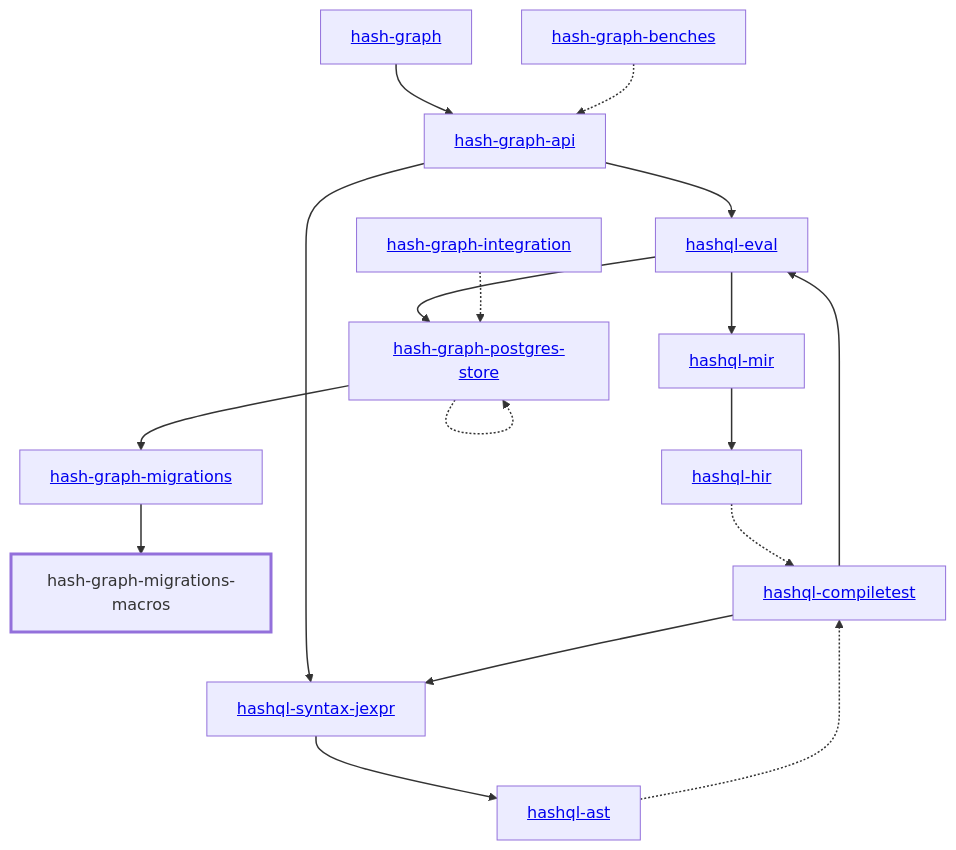
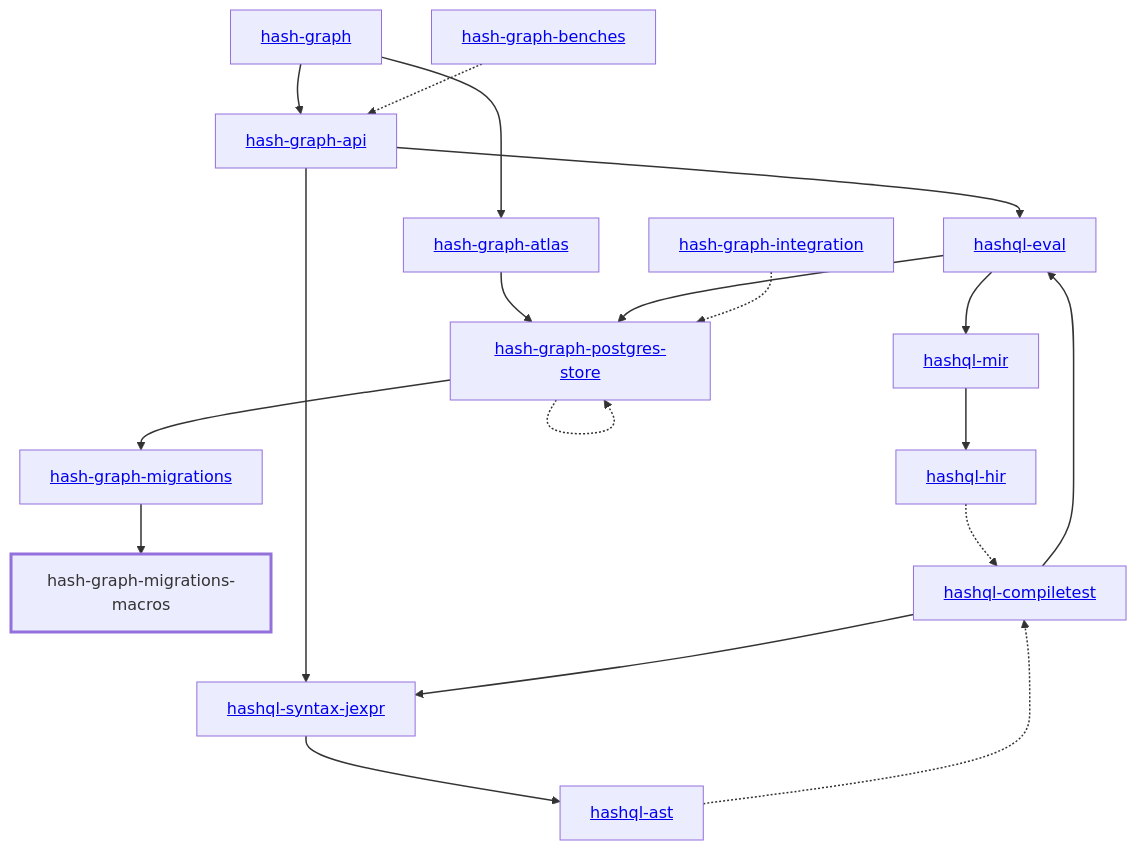
One commit to hashintel/hash changed the diagram in libs/@local/graph/migrations-macros/docs/dependency-diagram.mmd. Above: the diagram before and after it, drawn with Mermaid. The commit also changed 28 other files, not shown here.

Commit message:
chore: update graph dependency diagrams

```diff
--- a/libs/@local/graph/migrations-macros/docs/dependency-diagram.mmd
+++ b/libs/@local/graph/migrations-macros/docs/dependency-diagram.mmd
@@ -1,40 +1,43 @@
 graph TD
     linkStyle default stroke-width:1.5px
     classDef default stroke-width:1px
     classDef root stroke-width:3px
     classDef dev stroke-width:1px
     classDef build stroke-width:1px
     %% Legend
     %% --> : Normal dependency
     %% -.-> : Dev dependency
     %% ---> : Build dependency
     0[<a href="../hash_graph/index.html">hash-graph</a>]
     1[<a href="../hash_graph_api/index.html">hash-graph-api</a>]
-    2[<a href="../hash_graph_migrations/index.html">hash-graph-migrations</a>]
-    3[hash-graph-migrations-macros]
-    class 3 root
-    4[<a href="../hash_graph_postgres_store/index.html">hash-graph-postgres-store</a>]
-    5[<a href="../hashql_ast/index.html">hashql-ast</a>]
-    6[<a href="../hashql_compiletest/index.html">hashql-compiletest</a>]
-    7[<a href="../hashql_eval/index.html">hashql-eval</a>]
-    8[<a href="../hashql_hir/index.html">hashql-hir</a>]
-    9[<a href="../hashql_mir/index.html">hashql-mir</a>]
-    10[<a href="../hashql_syntax_jexpr/index.html">hashql-syntax-jexpr</a>]
-    11[<a href="../hash_graph_benches/index.html">hash-graph-benches</a>]
-    12[<a href="../hash_graph_integration/index.html">hash-graph-integration</a>]
+    2[<a href="../hash_graph_atlas/index.html">hash-graph-atlas</a>]
+    3[<a href="../hash_graph_migrations/index.html">hash-graph-migrations</a>]
+    4[hash-graph-migrations-macros]
+    class 4 root
+    5[<a href="../hash_graph_postgres_store/index.html">hash-graph-postgres-store</a>]
+    6[<a href="../hashql_ast/index.html">hashql-ast</a>]
+    7[<a href="../hashql_compiletest/index.html">hashql-compiletest</a>]
+    8[<a href="../hashql_eval/index.html">hashql-eval</a>]
+    9[<a href="../hashql_hir/index.html">hashql-hir</a>]
+    10[<a href="../hashql_mir/index.html">hashql-mir</a>]
+    11[<a href="../hashql_syntax_jexpr/index.html">hashql-syntax-jexpr</a>]
+    12[<a href="../hash_graph_benches/index.html">hash-graph-benches</a>]
+    13[<a href="../hash_graph_integration/index.html">hash-graph-integration</a>]
     0 --> 1
-    1 --> 7
-    1 --> 10
-    2 --> 3
-    4 --> 2
-    4 -.-> 4
-    5 -.-> 6
-    6 --> 7
-    6 --> 10
-    7 --> 4
-    7 --> 9
-    8 -.-> 6
-    9 --> 8
-    10 --> 5
-    11 -.-> 1
-    12 -.-> 4
+    0 --> 2
+    1 --> 8
+    1 --> 11
+    2 --> 5
+    3 --> 4
+    5 --> 3
+    5 -.-> 5
+    6 -.-> 7
+    7 --> 8
+    7 --> 11
+    8 --> 5
+    8 --> 10
+    9 -.-> 7
+    10 --> 9
+    11 --> 6
+    12 -.-> 1
+    13 -.-> 5
```
